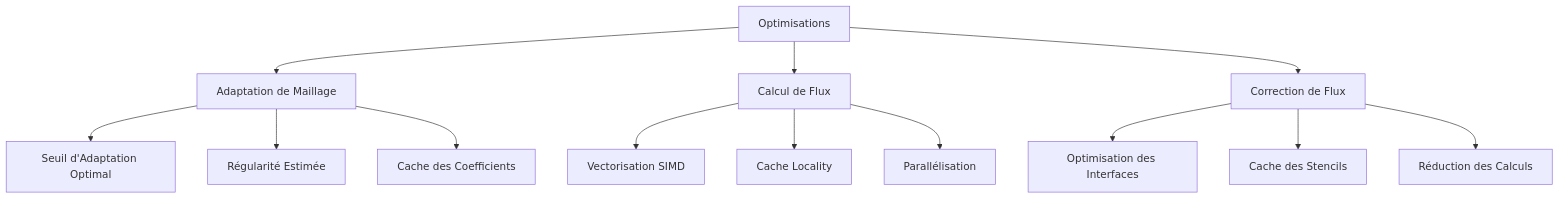
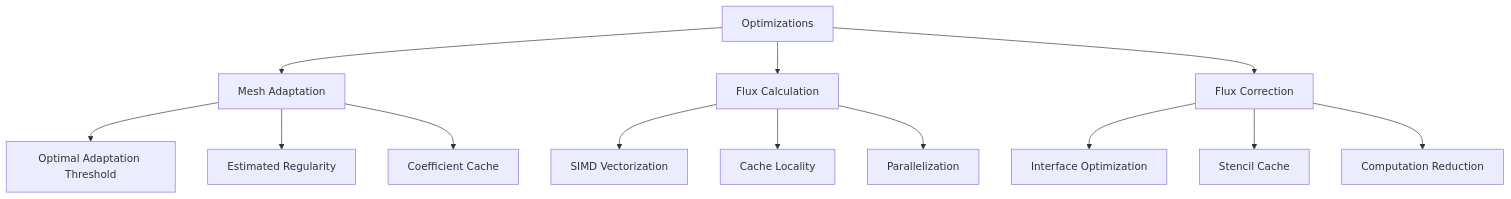
Before and after one commit to sbstndb/samurai: the fifth of 5 diagrams in docs/advection_2d_test_case.md, drawn with Mermaid. The commit also changed other lines of this file and 8 other files, not shown here.

````diff
--- a/docs/advection_2d_test_case.md
+++ b/docs/advection_2d_test_case.md
@@ -585,18 +585,18 @@
 ```mermaid
 graph TB
-    A[Optimisations] --> B[Adaptation de Maillage]
-    A --> C[Calcul de Flux]
-    A --> D[Correction de Flux]
+    A[Optimizations] --> B[Mesh Adaptation]
+    A --> C[Flux Calculation]
+    A --> D[Flux Correction]
     
-    B --> E[Seuil d'Adaptation Optimal]
-    B --> F[Régularité Estimée]
-    B --> G[Cache des Coefficients]
+    B --> E[Optimal Adaptation Threshold]
+    B --> F[Estimated Regularity]
+    B --> G[Coefficient Cache]
     
-    C --> H[Vectorisation SIMD]
+    C --> H[SIMD Vectorization]
     C --> I[Cache Locality]
-    C --> J[Parallélisation]
+    C --> J[Parallelization]
     
-    D --> K[Optimisation des Interfaces]
-    D --> L[Cache des Stencils]
-    D --> M[Réduction des Calculs]
+    D --> K[Interface Optimization]
+    D --> L[Stencil Cache]
+    D --> M[Computation Reduction]
 ```
````
